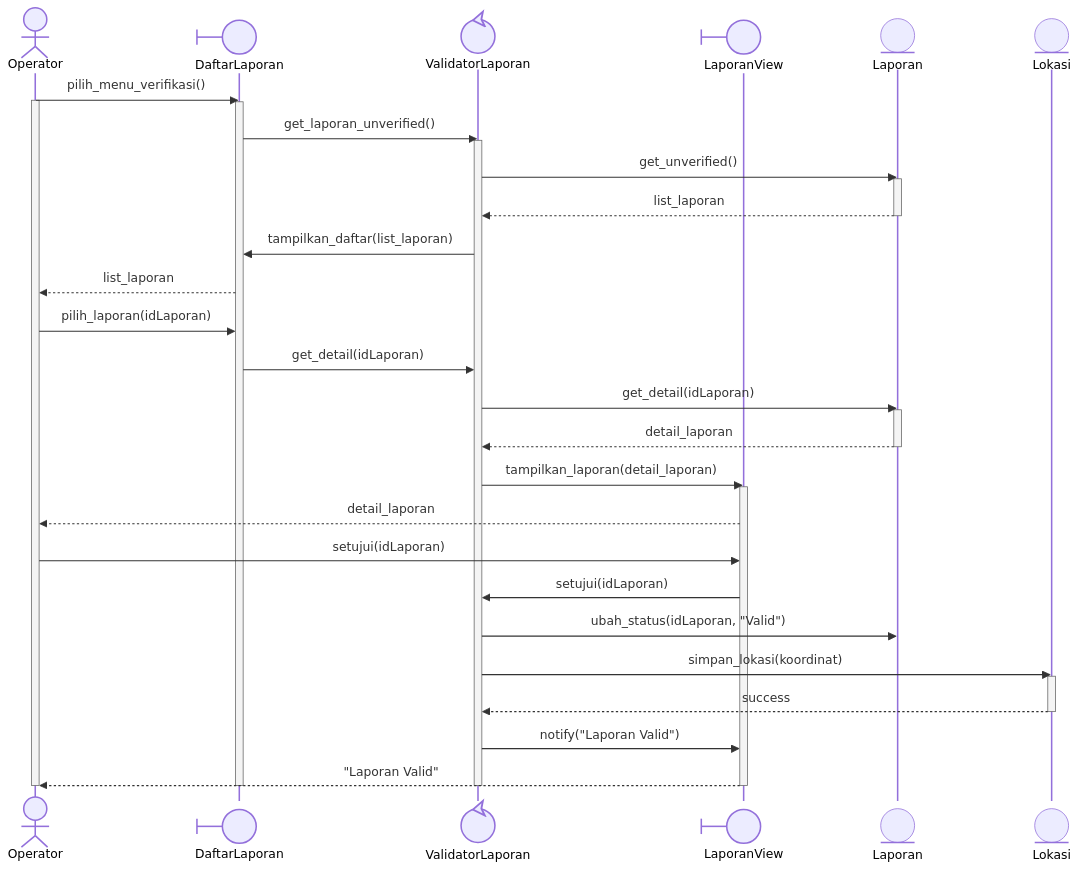
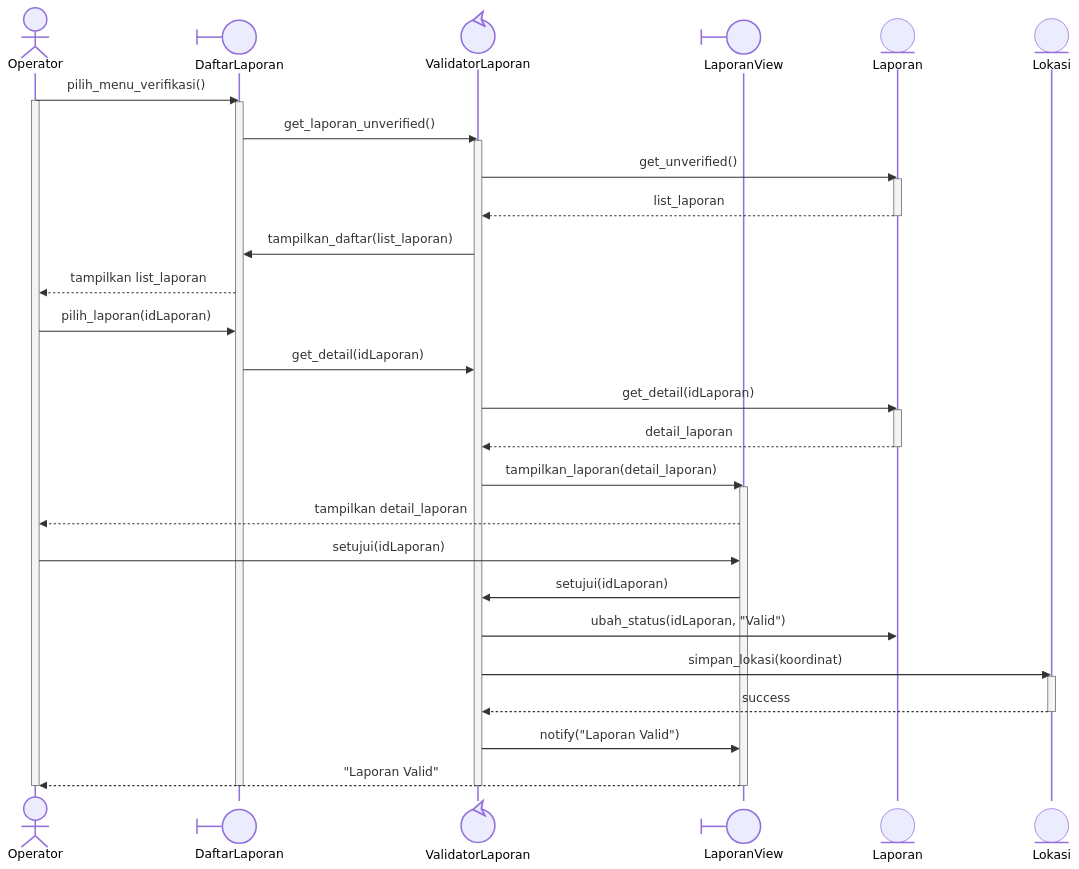
One commit to star-scripter/IF2150-RPL-K03-G02 changed the tenth of 29 diagrams in docs/M8/K03_G02_DPPL2.md. Above: the diagram before and after it, drawn with Mermaid. The commit also changed other lines of this file, not shown here.

Commit message:
docs: DaftarLaporan alg and query, adjustments to class

````diff
--- a/docs/M8/K03_G02_DPPL2.md
+++ b/docs/M8/K03_G02_DPPL2.md
@@ -584,47 +584,47 @@
 ```mermaid
 %%{init: {'themeCSS': '.actor-line { stroke-dasharray: 4, 4; }'}}%%
 sequenceDiagram
     actor O as Operator
     participant DL@{"type":"boundary"} as DaftarLaporan
     participant VL@{"type":"control"} as ValidatorLaporan
     participant LV@{"type":"boundary"} as LaporanView
     participant L@{"type":"entity"} as Laporan
     participant LO@{"type":"entity"} as Lokasi
 
     O->>DL: pilih_menu_verifikasi()
     activate O
     activate DL
     DL->>VL: get_laporan_unverified()
     activate VL
     VL->>L: get_unverified()
     activate L
     L-->>VL: list_laporan
     deactivate L
     VL->>DL: tampilkan_daftar(list_laporan)
-    DL-->>O: list_laporan
+    DL-->>O: tampilkan list_laporan
     
     O->>DL: pilih_laporan(idLaporan)
     DL->>VL: get_detail(idLaporan)
     VL->>L: get_detail(idLaporan)
     activate L
     L-->>VL: detail_laporan
     deactivate L
     VL->>LV: tampilkan_laporan(detail_laporan)
     activate LV
-    LV-->>O: detail_laporan
+    LV-->>O: tampilkan detail_laporan
     
     O->>LV: setujui(idLaporan)
     LV->>VL: setujui(idLaporan)
     VL->>L: ubah_status(idLaporan, "Valid")
     VL->>LO: simpan_lokasi(koordinat)
     activate LO
     LO-->>VL: success
     deactivate LO
     VL->>LV: notify("Laporan Valid")
     LV-->>O: "Laporan Valid"
     
     deactivate LV
     deactivate VL
     deactivate DL
     deactivate O
 ```
````
